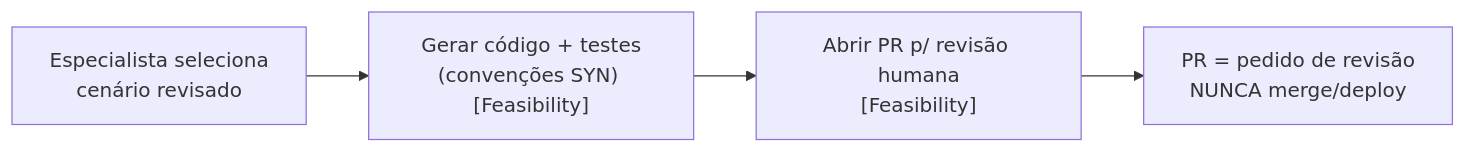
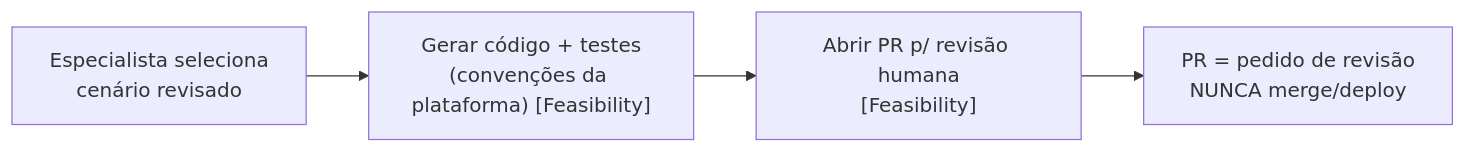
Before and after one commit to Jaquelaurenti/policy-playground-spec: the fifth of 12 diagrams in .kiro/specs/policy-playground/design.md, drawn with Mermaid. The commit also changed other lines of this file and 8 other files, not shown here.

````diff
--- a/.kiro/specs/policy-playground/design.md
+++ b/.kiro/specs/policy-playground/design.md
@@ -363,6 +363,6 @@
 ```mermaid
 flowchart LR
-    Sel["Especialista seleciona\ncenário revisado"] --> Gen["Gerar código + testes\n(convenções SYN) [Feasibility]"]
+    Sel["Especialista seleciona\ncenário revisado"] --> Gen["Gerar código + testes\n(convenções da plataforma) [Feasibility]"]
     Gen --> PR["Abrir PR p/ revisão humana\n[Feasibility]"]
     PR --> Note["PR = pedido de revisão\nNUNCA merge/deploy"]
 ```
````
